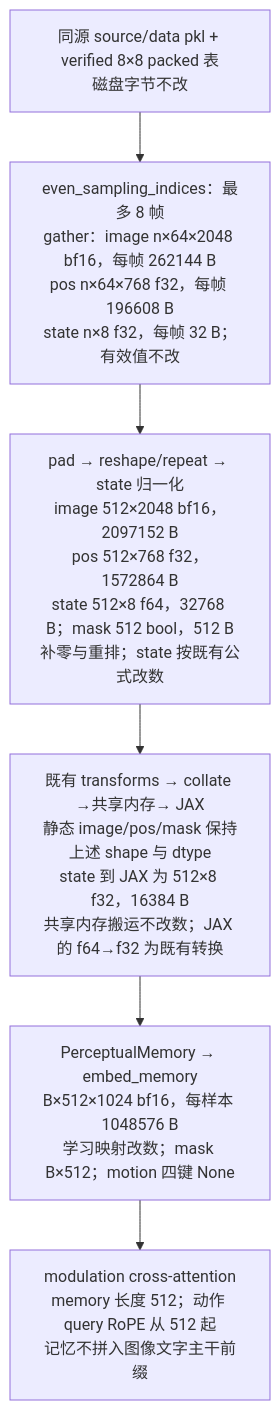
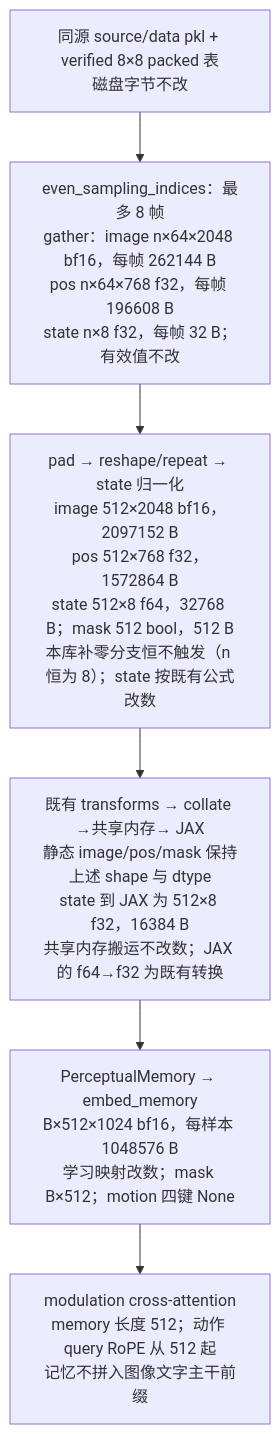
The first of 2 diagrams in 0920-32frame-8x8-modul-2048-plan.md (hongzefu/robomme_policy_learning_MotionJEPA), drawn with Mermaid before and after one commit. The commit also changed other lines of this file, not shown here.

````diff
--- a/0920-32frame-8x8-modul-2048-plan.md
+++ b/0920-32frame-8x8-modul-2048-plan.md
@@ -178,10 +234,10 @@
 ```mermaid
 flowchart TD
     A["同源 source/data pkl + verified 8×8 packed 表<br/>磁盘字节不改"]
     B["even_sampling_indices：最多 8 帧<br/>gather：image n×64×2048 bf16，每帧 262144 B<br/>pos n×64×768 f32，每帧 196608 B<br/>state n×8 f32，每帧 32 B；有效值不改"]
-    C["pad → reshape/repeat → state 归一化<br/>image 512×2048 bf16，2097152 B<br/>pos 512×768 f32，1572864 B<br/>state 512×8 f64，32768 B；mask 512 bool，512 B<br/>补零与重排；state 按既有公式改数"]
+    C["pad → reshape/repeat → state 归一化<br/>image 512×2048 bf16，2097152 B<br/>pos 512×768 f32，1572864 B<br/>state 512×8 f64，32768 B；mask 512 bool，512 B<br/>本库补零分支恒不触发（n 恒为 8）；state 按既有公式改数"]
     D["既有 transforms → collate →共享内存→ JAX<br/>静态 image/pos/mask 保持上述 shape 与 dtype<br/>state 到 JAX 为 512×8 f32，16384 B<br/>共享内存搬运不改数；JAX 的 f64→f32 为既有转换"]
     E["PerceptualMemory → embed_memory<br/>B×512×1024 bf16，每样本 1048576 B<br/>学习映射改数；mask B×512；motion 四键 None"]
     F["modulation cross-attention<br/>memory 长度 512；动作 query RoPE 从 512 起<br/>记忆不拼入图像文字主干前缀"]
     A --> B --> C --> D --> E --> F
 ```
````
